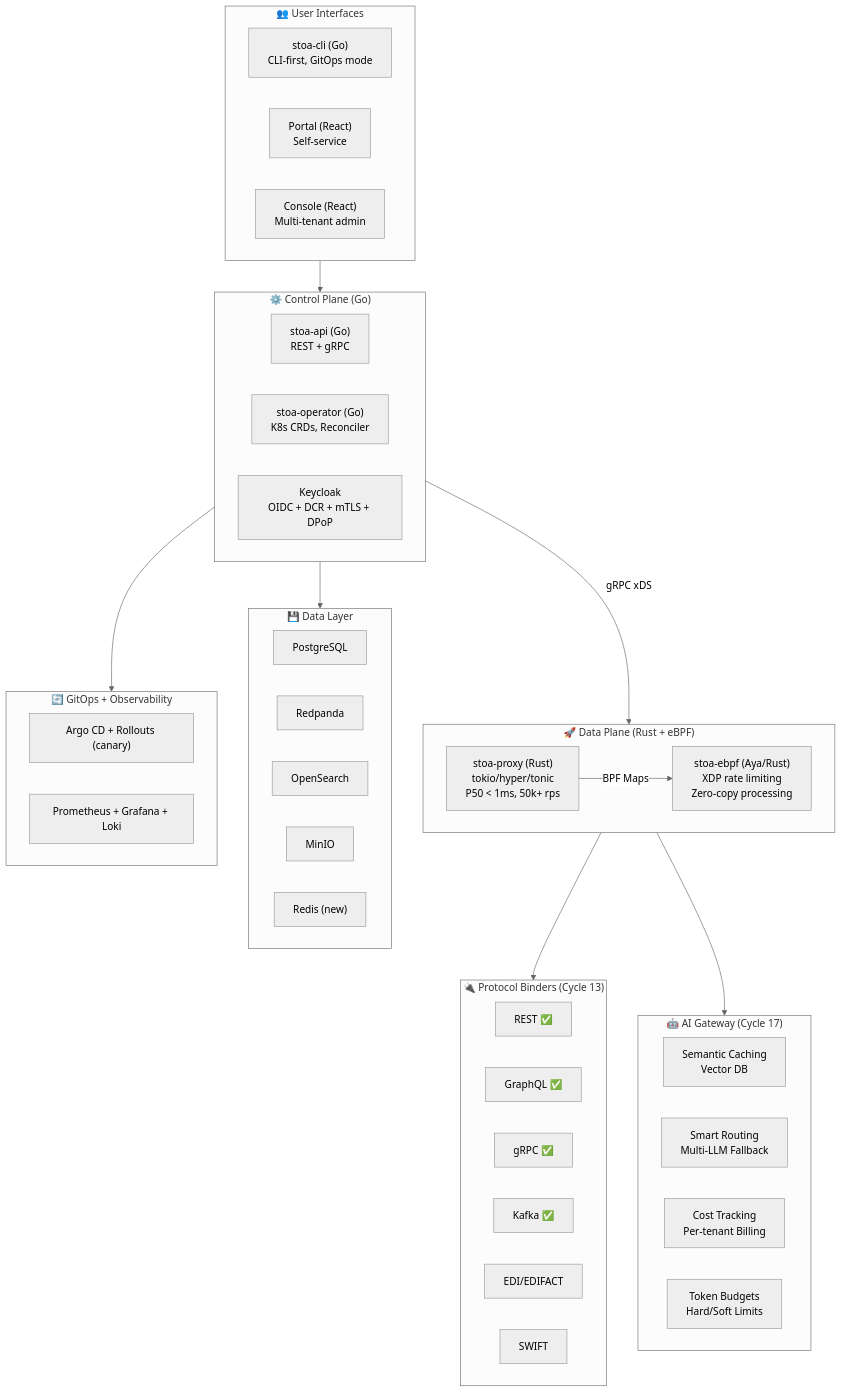
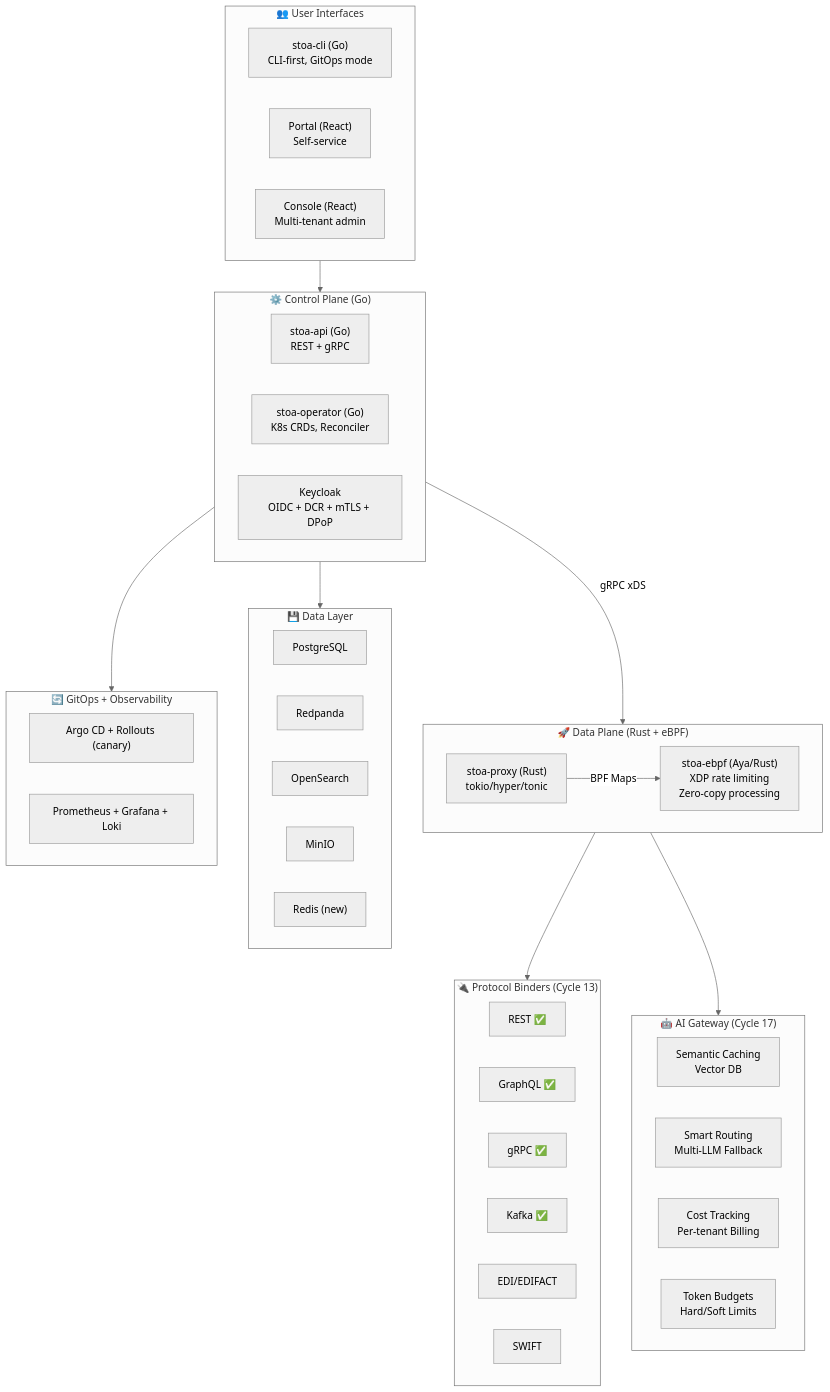
The third of 4 diagrams in docs/architecture/architecture-overview.md (stoa-platform/stoa-docs), drawn with Mermaid (neutral theme) before and after one commit. The commit also changed 24 other files, not shown here.

````diff
--- a/docs/architecture/architecture-overview.md
+++ b/docs/architecture/architecture-overview.md
@@ -167,56 +167,56 @@
 ```mermaid
 flowchart TB
     subgraph UIs["👥 User Interfaces"]
         CLI["stoa-cli (Go)<br/>CLI-first, GitOps mode"]
         PortalT["Portal (React)<br/>Self-service"]
         ConsoleT["Console (React)<br/>Multi-tenant admin"]
     end
 
     subgraph CP["⚙️ Control Plane (Go)"]
         GoAPI["stoa-api (Go)<br/>REST + gRPC"]
         Operator["stoa-operator (Go)<br/>K8s CRDs, Reconciler"]
         KCT["Keycloak<br/>OIDC + DCR + mTLS + DPoP"]
     end
 
     subgraph DP["🚀 Data Plane (Rust + eBPF)"]
-        Proxy["stoa-proxy (Rust)<br/>tokio/hyper/tonic<br/>P50 < 1ms, 50k+ rps"]
+        Proxy["stoa-proxy (Rust)<br/>tokio/hyper/tonic"]
         eBPF["stoa-ebpf (Aya/Rust)<br/>XDP rate limiting<br/>Zero-copy processing"]
     end
 
     subgraph Binders["🔌 Protocol Binders (Cycle 13)"]
         REST["REST ✅"]
         GQL["GraphQL ✅"]
         GRPC["gRPC ✅"]
         KafkaB["Kafka ✅"]
         EDI["EDI/EDIFACT"]
         SWIFT["SWIFT"]
     end
 
     subgraph AI["🤖 AI Gateway (Cycle 17)"]
         SemCache["Semantic Caching<br/>Vector DB"]
         SmartRoute["Smart Routing<br/>Multi-LLM Fallback"]
         Cost["Cost Tracking<br/>Per-tenant Billing"]
         Budgets["Token Budgets<br/>Hard/Soft Limits"]
     end
 
     subgraph DataT["💾 Data Layer"]
         PGT["PostgreSQL"]
         RedpandaT["Redpanda"]
         OST["OpenSearch"]
         MinIOT["MinIO"]
         Redis["Redis (new)"]
     end
 
     subgraph GitOpsT["🔄 GitOps + Observability"]
         ArgoT["Argo CD + Rollouts (canary)"]
         PromT["Prometheus + Grafana + Loki"]
     end
 
     UIs --> CP
     CP -->|gRPC xDS| DP
     DP --> Binders
     DP --> AI
     Proxy -->|BPF Maps| eBPF
     CP --> DataT
     CP --> GitOpsT
 ```
````
